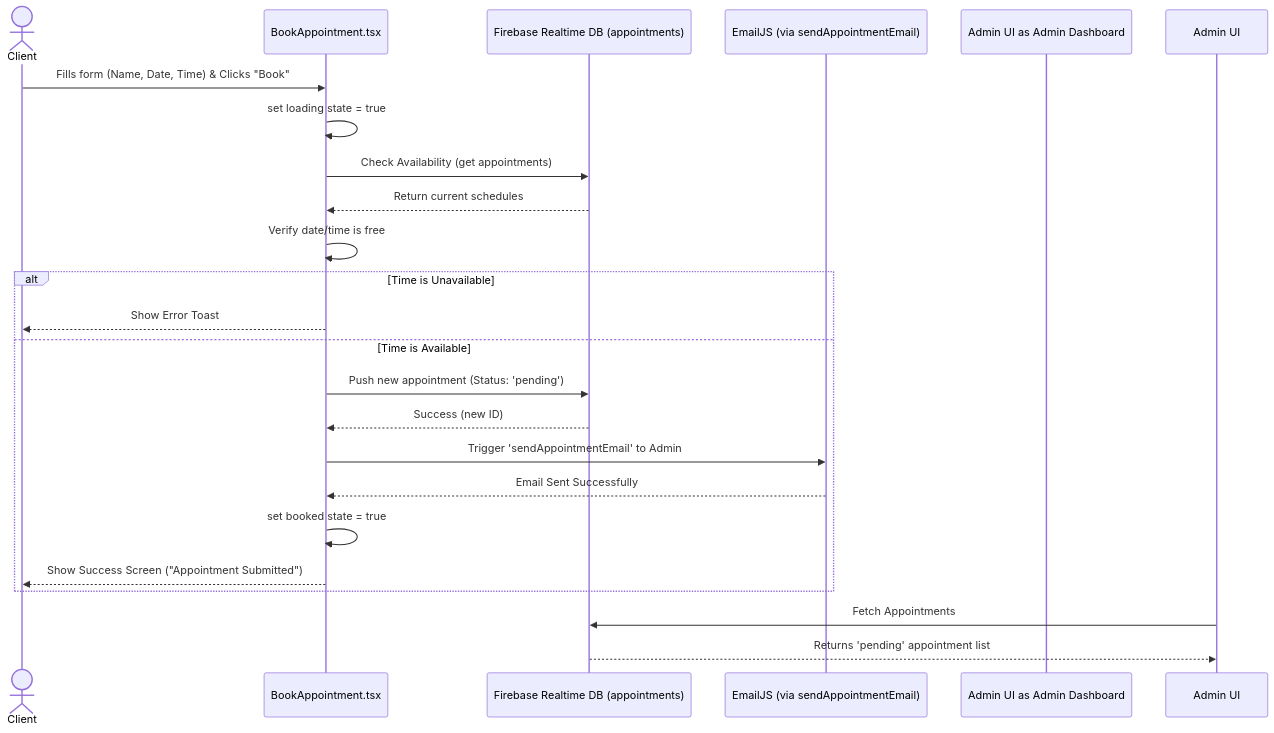
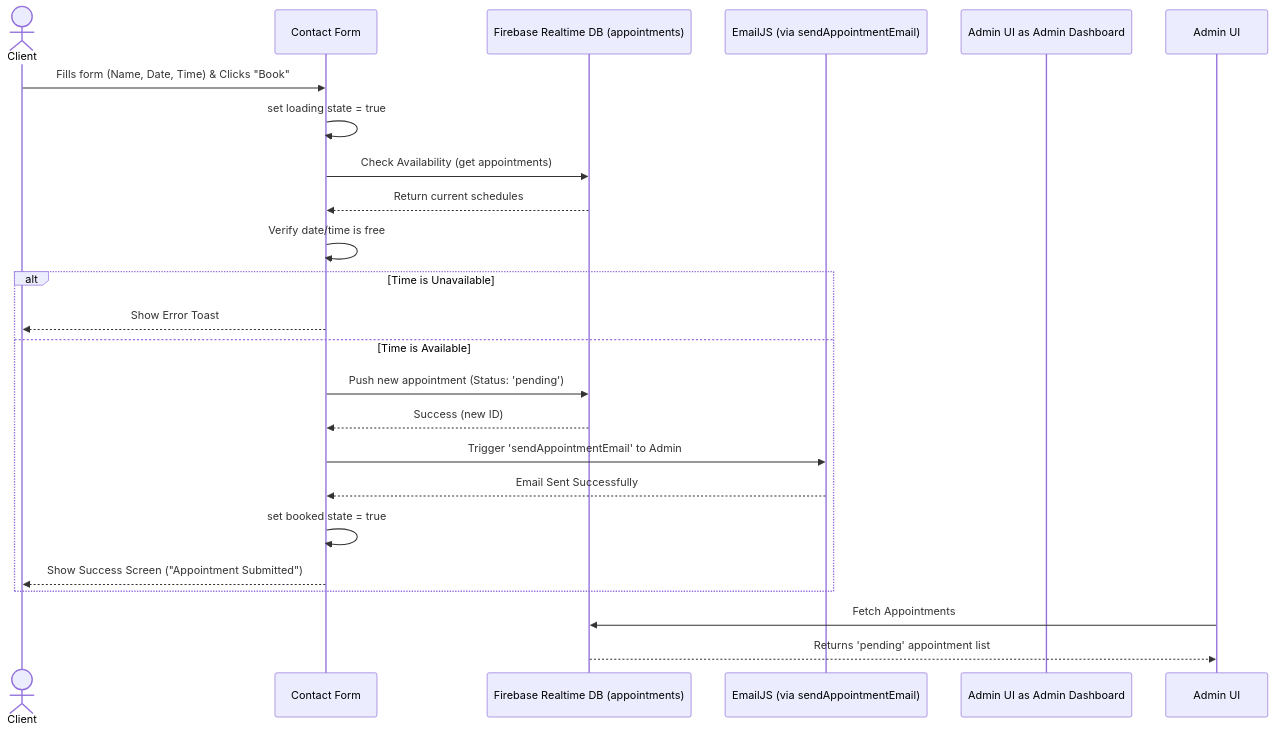
Before and after one commit to techtidecorporate-dot/TechTide-Co---F: the second of 4 diagrams in sequence-diagrams.md, drawn with Mermaid. The commit also changed 21 other files, not shown here.

````diff
--- a/sequence-diagrams.md
+++ b/sequence-diagrams.md
@@ -39,32 +39,32 @@
 ```mermaid
 sequenceDiagram
     actor Client
-    participant UI as BookAppointment.tsx
+    participant UI as Contact Form
     participant RTDB as Firebase Realtime DB (appointments)
     participant Email as EmailJS (via sendAppointmentEmail)
     participant Admin UI as Admin Dashboard
     
     Client->>UI: Fills form (Name, Date, Time) & Clicks "Book"
     UI->>UI: set loading state = true
     
     UI->>RTDB: Check Availability (get appointments)
     RTDB-->>UI: Return current schedules
     UI->>UI: Verify date/time is free
     
     alt Time is Unavailable
         UI-->>Client: Show Error Toast
     else Time is Available
         UI->>RTDB: Push new appointment (Status: 'pending')
         RTDB-->>UI: Success (new ID)
         
         UI->>Email: Trigger 'sendAppointmentEmail' to Admin
         Email-->>UI: Email Sent Successfully
         
         UI->>UI: set booked state = true
         UI-->>Client: Show Success Screen ("Appointment Submitted")
     end
     
     %% Later when Admin logs in
     Admin UI->>RTDB: Fetch Appointments
     RTDB-->>Admin UI: Returns 'pending' appointment list
 ```
````
